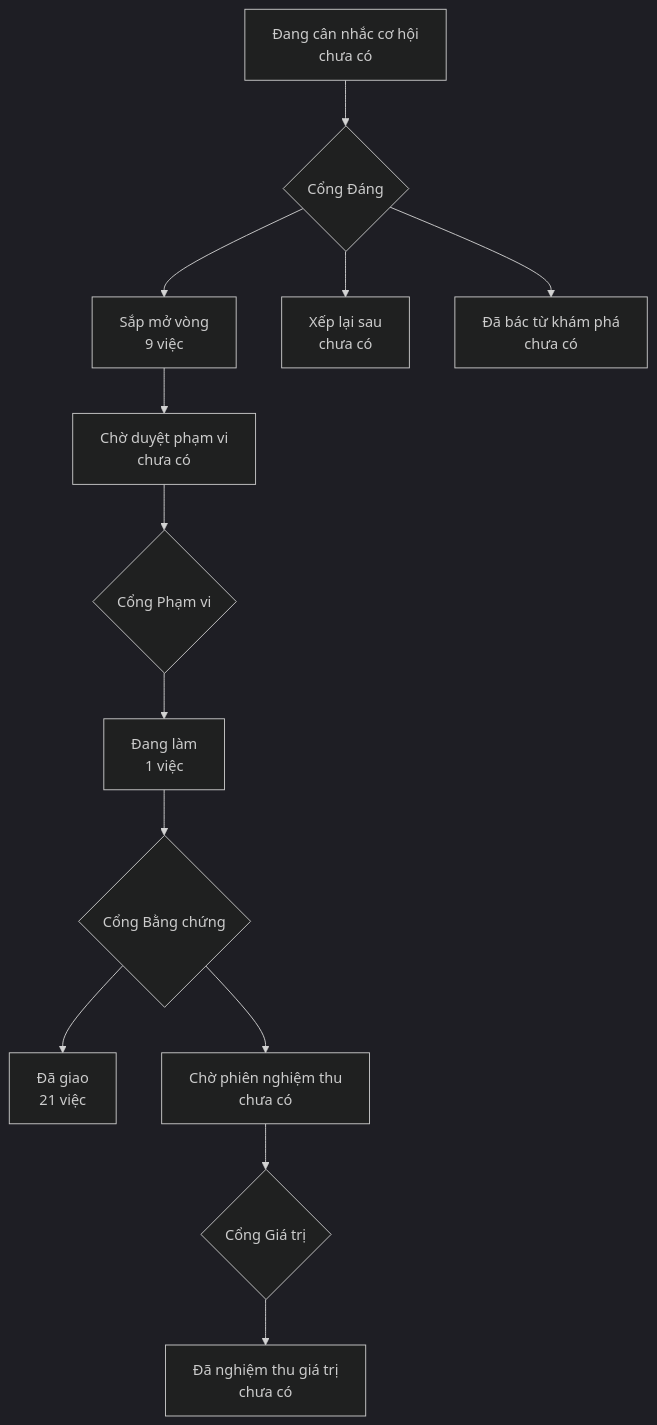
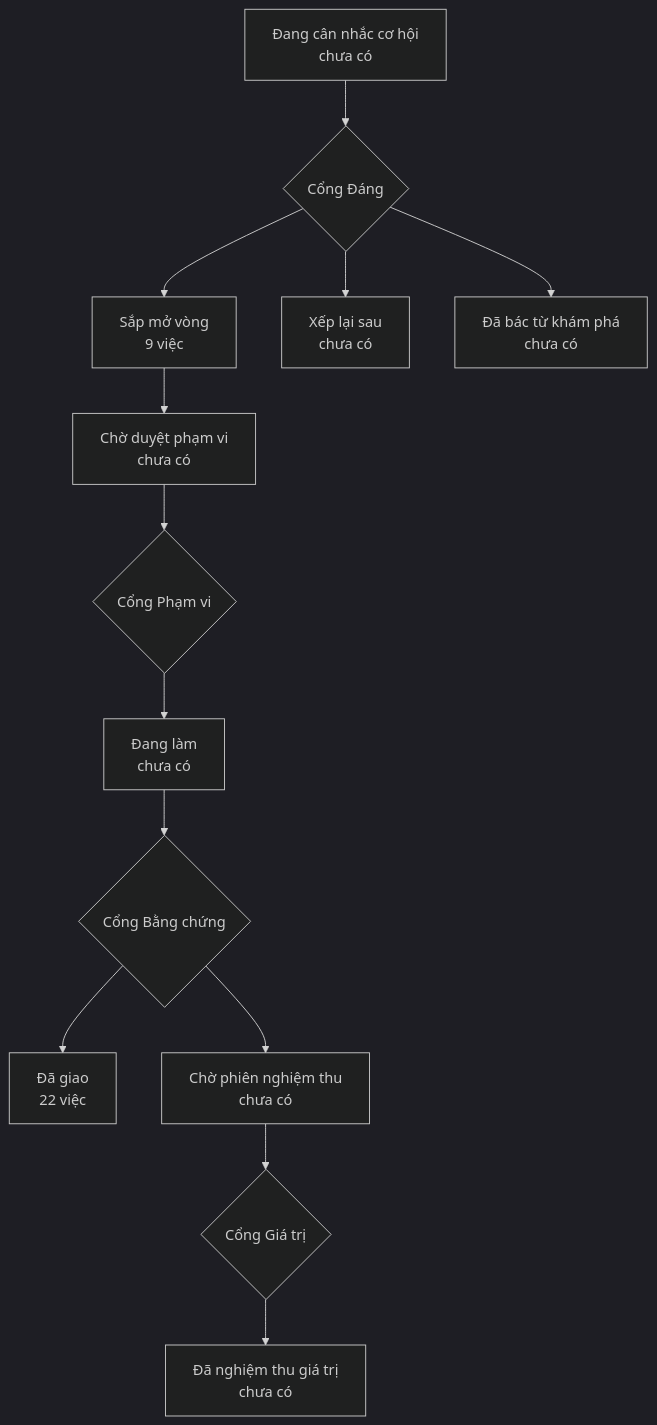
The diagram in PRODUCT-MAP.md (phanlemanh/onehub-invest), drawn with Mermaid (dark theme) before and after one commit. The commit also changed other lines of this file and 4 other files, not shown here.

````diff
--- a/PRODUCT-MAP.md
+++ b/PRODUCT-MAP.md
@@ -7,12 +7,12 @@
 ```mermaid
 flowchart TD
   A["Đang cân nhắc cơ hội<br/>chưa có"] --> GD{"Cổng Đáng"}
   GD --> B["Sắp mở vòng<br/>9 việc"]
   GD --> XL["Xếp lại sau<br/>chưa có"]
   GD --> DB["Đã bác từ khám phá<br/>chưa có"]
   B --> CD["Chờ duyệt phạm vi<br/>chưa có"] --> GP{"Cổng Phạm vi"}
-  GP --> DL["Đang làm<br/>1 việc"] --> GB{"Cổng Bằng chứng"}
-  GB --> DG["Đã giao<br/>21 việc"]
+  GP --> DL["Đang làm<br/>chưa có"] --> GB{"Cổng Bằng chứng"}
+  GB --> DG["Đã giao<br/>22 việc"]
   GB --> CN["Chờ phiên nghiệm thu<br/>chưa có"] --> GG{"Cổng Giá trị"}
   GG --> NT["Đã nghiệm thu giá trị<br/>chưa có"]
 ```
````
